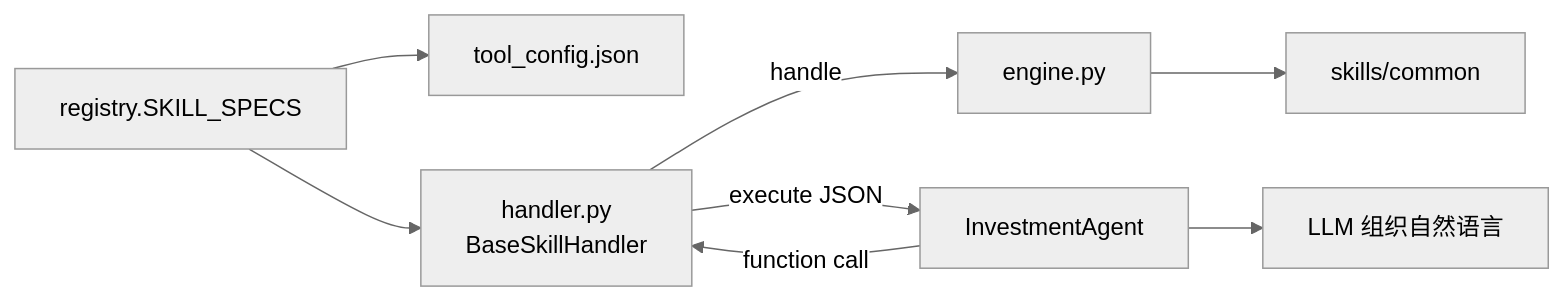
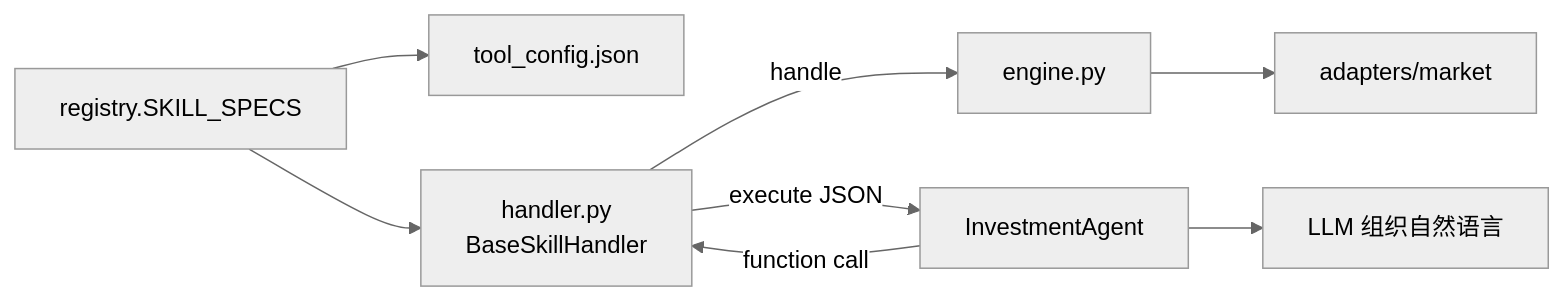
Before and after one commit to KaimingGao/workspace_gaokm: the ninth of 16 diagrams in investment/docs/architecture.md, drawn with Mermaid (neutral theme). The commit also changed other lines of this file and 113 other files, not shown here.

First line of the commit message:
refactor: 将出站 I/O 从 skills 抽到 adapters，并由 ports.registry 注入

````diff
--- a/investment/docs/architecture.md
+++ b/investment/docs/architecture.md
@@ -492,10 +492,10 @@
 ```mermaid
 flowchart LR
   Reg[registry.SKILL_SPECS] --> CFG[tool_config.json]
   Reg --> H[handler.py<br/>BaseSkillHandler]
   Agent[InvestmentAgent] -->|function call| H
   H -->|handle| E[engine.py]
-  E --> Common[skills/common]
+  E --> Common[adapters/market]
   H -->|execute JSON| Agent
   Agent --> LLM[LLM 组织自然语言]
 ```
````
